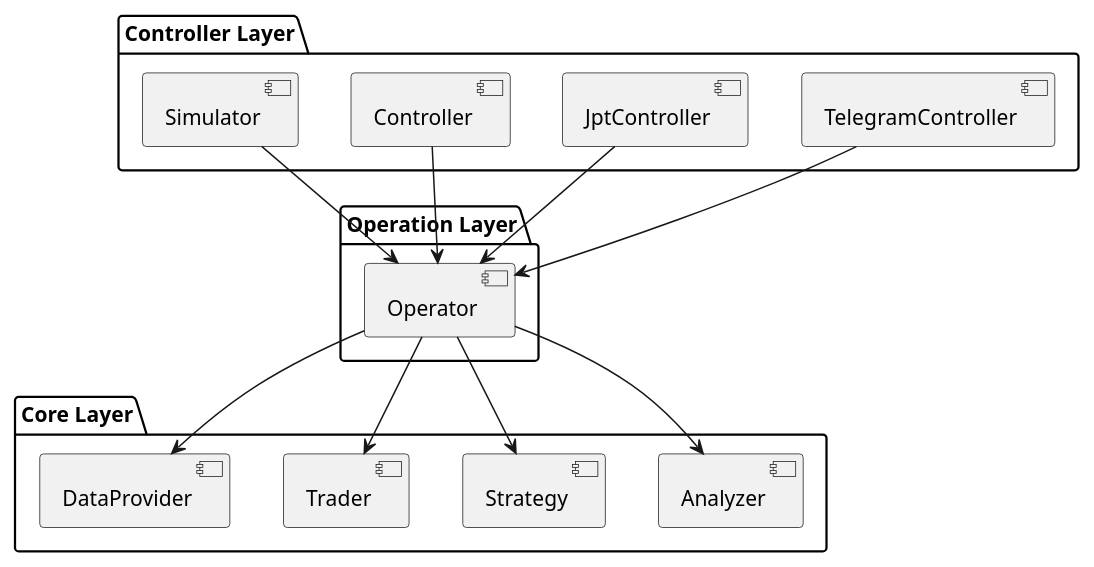
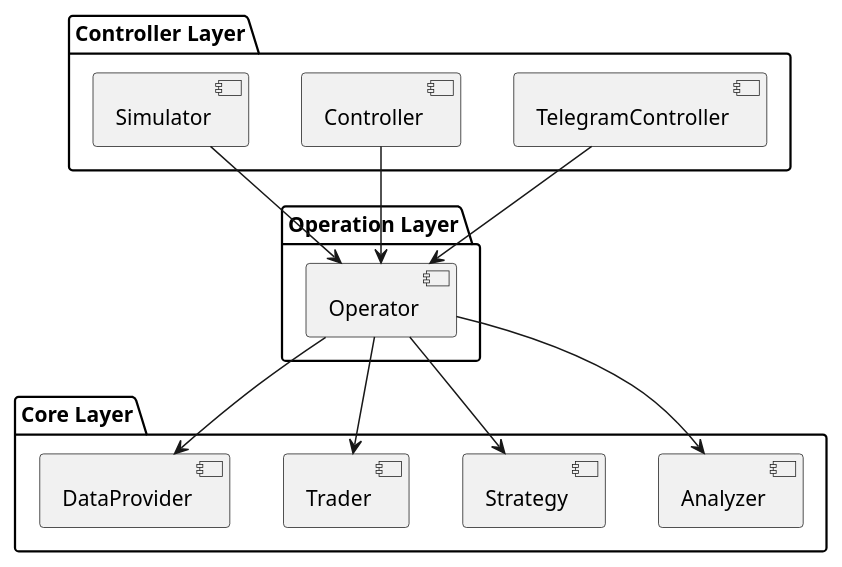
The diagram in docs/smtm_component.puml (msaltnet/smtm), drawn with PlantUML before and after one commit. The commit also changed 14 other files, not shown here.

```diff
--- a/docs/smtm_component.puml
+++ b/docs/smtm_component.puml
@@ -1,30 +1,28 @@
 @startuml
 package "Core Layer" {
     [Analyzer]
     [Strategy]
     [Trader]
     [DataProvider]
 }
 
 package "Operation Layer" {
     [Operator]
 }
 
 package "Controller Layer" {
     [TelegramController]
-    [JptController]
     [Controller]
     [Simulator]
 }
 
 Operator --> DataProvider
 Operator --> Strategy
 Operator --> Trader
 Operator --> Analyzer
 
 Simulator --> Operator
 Controller --> Operator
-JptController --> Operator
 TelegramController --> Operator
 
 @enduml
```
